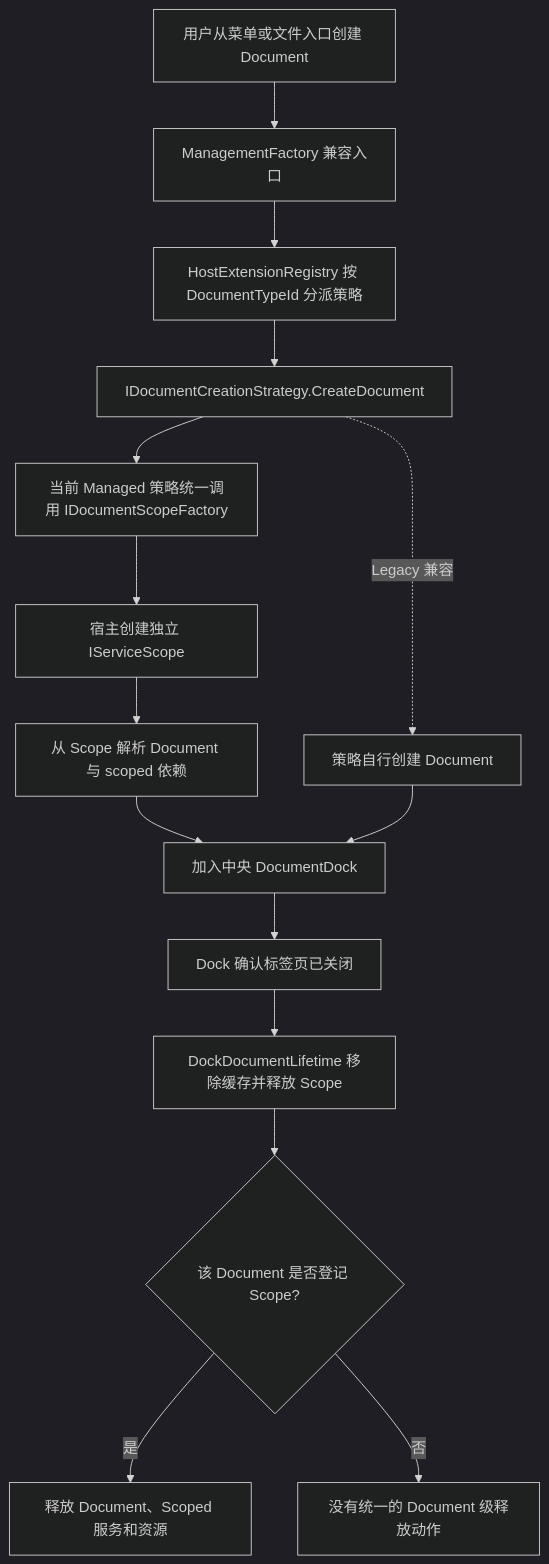
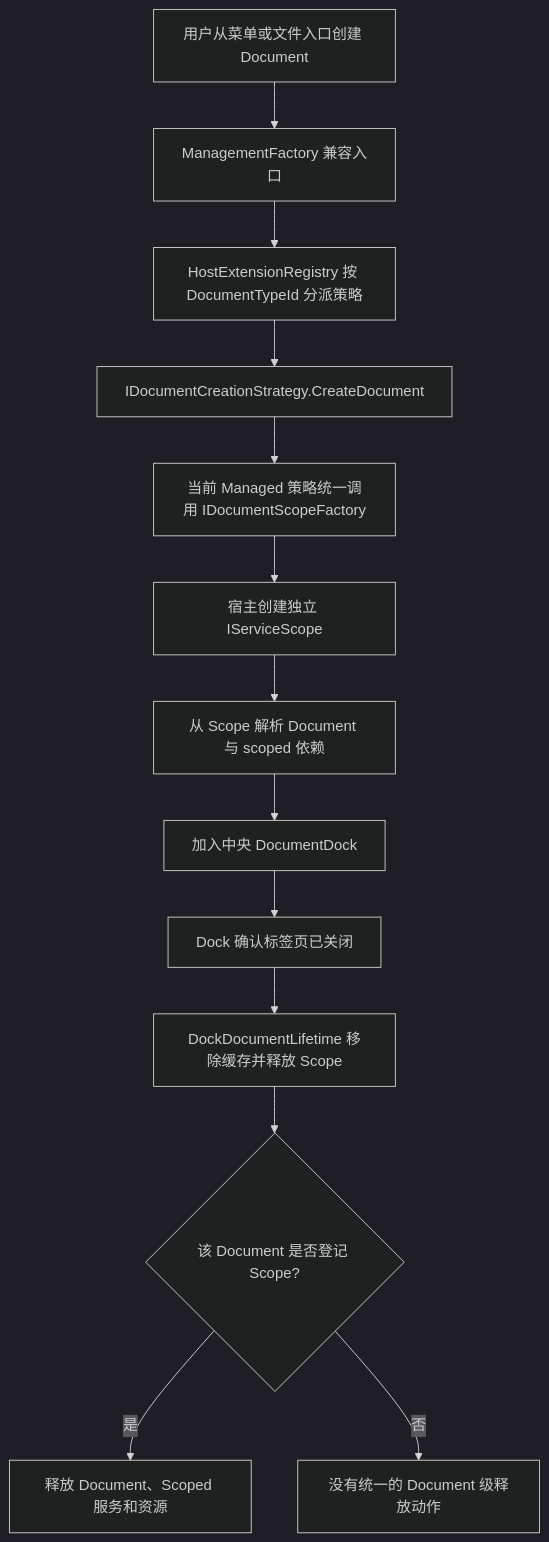
The third of 5 diagrams in docs/design/host-plugin-architecture-review.md (crownclowngx/avalonia_dock_simple_test), drawn with Mermaid (dark theme) before and after one commit. The commit also changed other lines of this file and 36 other files, not shown here.

````diff
--- a/docs/design/host-plugin-architecture-review.md
+++ b/docs/design/host-plugin-architecture-review.md
@@ -133,17 +132,15 @@
 ```mermaid
 flowchart TD
     User["用户从菜单或文件入口创建 Document"] --> Host["ManagementFactory 兼容入口"]
     Host --> Registry["HostExtensionRegistry 按 DocumentTypeId 分派策略"]
     Registry --> Strategy["IDocumentCreationStrategy.CreateDocument"]
     Strategy --> Choice["当前 Managed 策略统一调用 IDocumentScopeFactory"]
     Choice --> Scope["宿主创建独立 IServiceScope"]
     Scope --> Resolve["从 Scope 解析 Document 与 scoped 依赖"]
-    Strategy -. "Legacy 兼容" .-> Root["策略自行创建 Document"]
     Resolve --> Dock["加入中央 DocumentDock"]
-    Root --> Dock
     Dock --> Close["Dock 确认标签页已关闭"]
     Close --> Release["DockDocumentLifetime 移除缓存并释放 Scope"]
     Release --> Managed{"该 Document 是否登记 Scope?"}
     Managed -- "是" --> Dispose["释放 Document、Scoped 服务和资源"]
     Managed -- "否" --> End["没有统一的 Document 级释放动作"]
 ```
````
